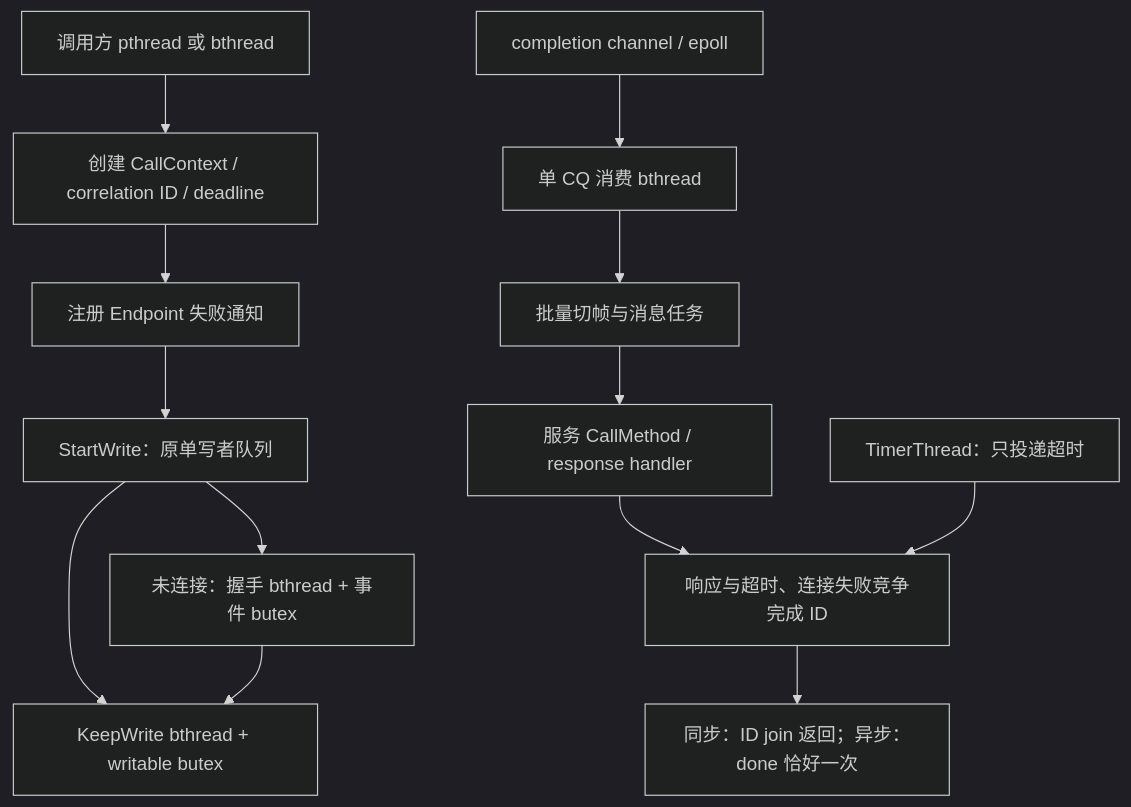
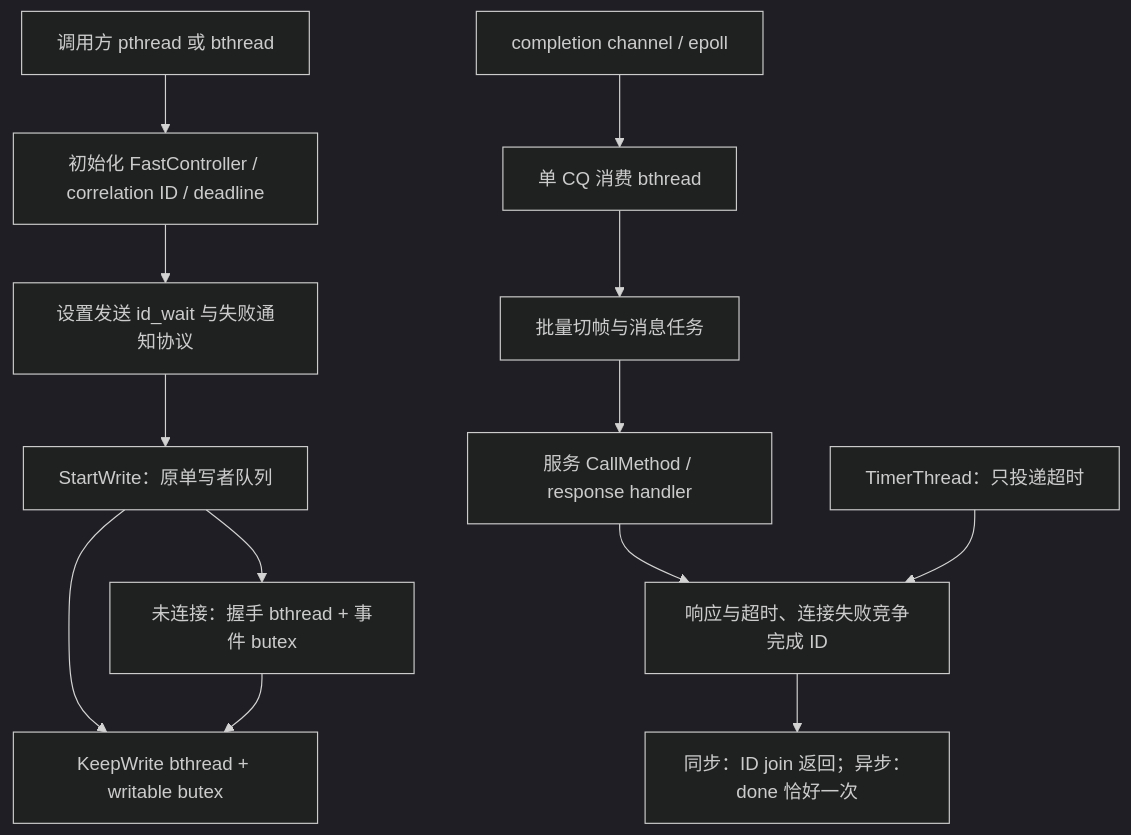
Before and after one commit to jkoptimize/light-rpc: the diagram in docs/works/bthread/rpc-bthread-integration-plan.md, drawn with Mermaid (dark theme). The commit also changed other lines of this file and 10 other files, not shown here.

````diff
--- a/docs/works/bthread/rpc-bthread-integration-plan.md
+++ b/docs/works/bthread/rpc-bthread-integration-plan.md
@@ -53,15 +57,15 @@
 ```mermaid
 flowchart TD
-    A[调用方 pthread 或 bthread] --> B[创建 CallContext / correlation ID / deadline]
-    B --> C[注册 Endpoint 失败通知]
+    A[调用方 pthread 或 bthread] --> B[初始化 FastController / correlation ID / deadline]
+    B --> C[设置发送 id_wait 与失败通知协议]
     C --> D[StartWrite：原单写者队列]
     D --> E[未连接：握手 bthread + 事件 butex]
     D --> F[KeepWrite bthread + writable butex]
     E --> F
     G[completion channel / epoll] --> H[单 CQ 消费 bthread]
     H --> I[批量切帧与消息任务]
     I --> J[服务 CallMethod / response handler]
     J --> K[响应与超时、连接失败竞争完成 ID]
     L[TimerThread：只投递超时] --> K
     K --> M[同步：ID join 返回；异步：done 恰好一次]
 ```
````
